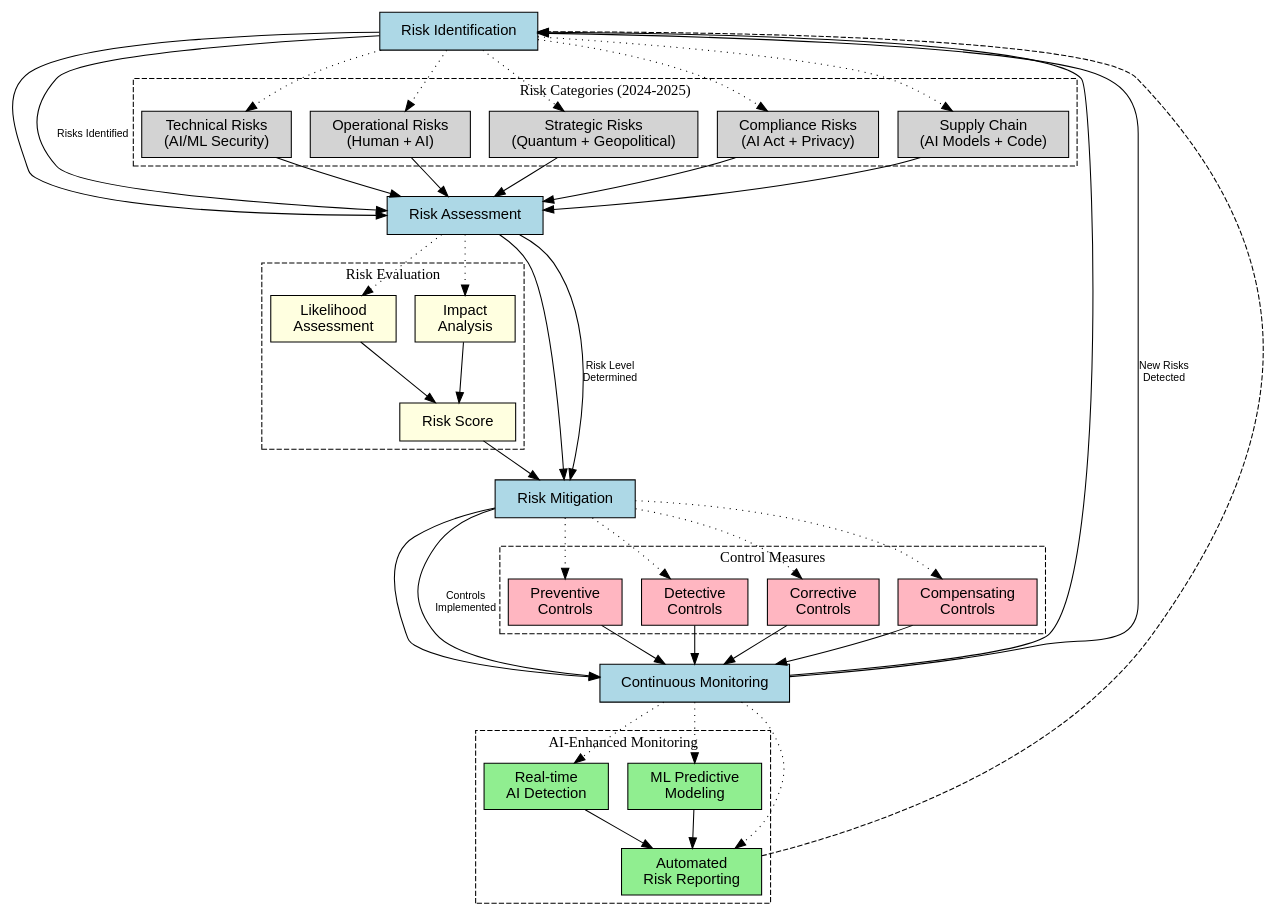
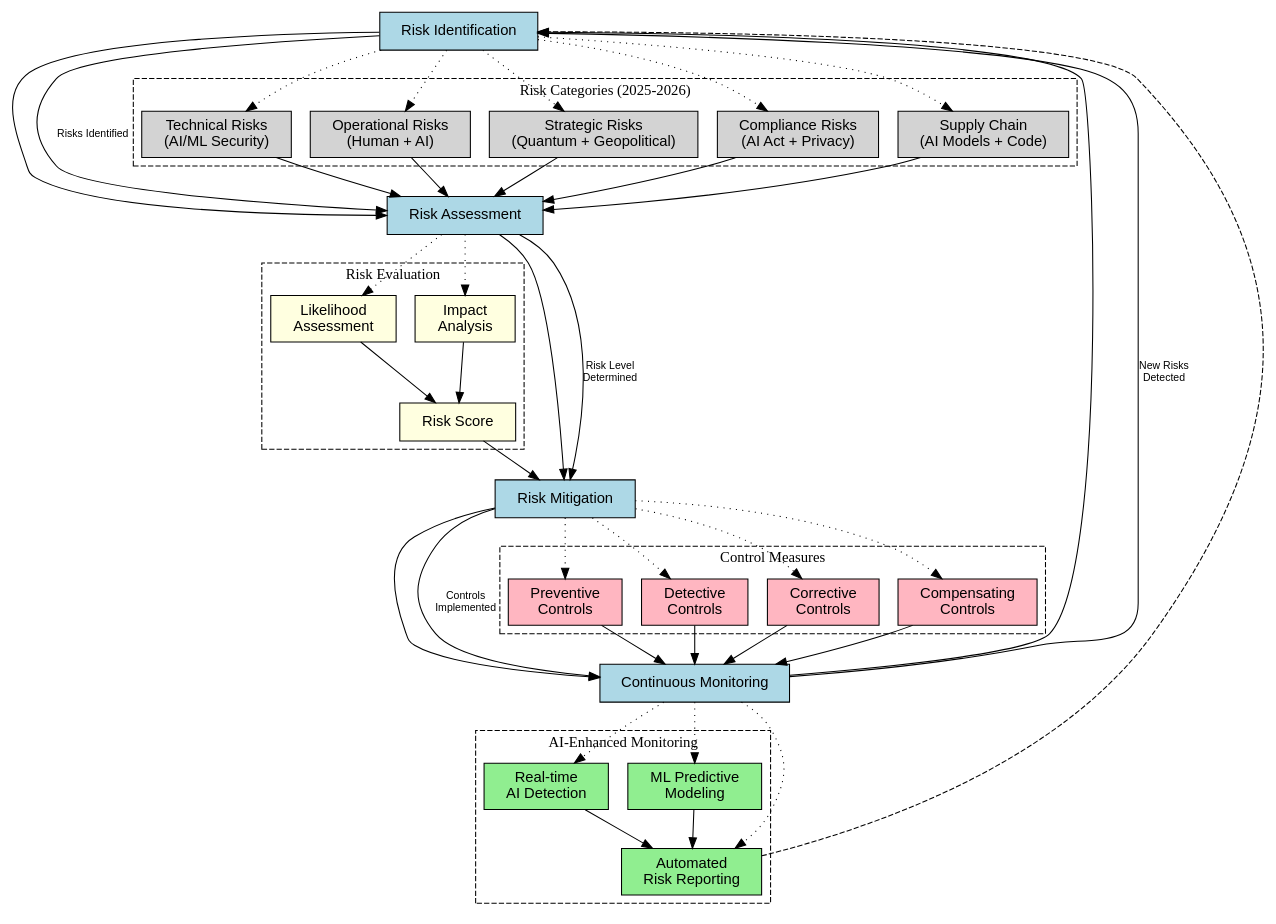
One commit to dbsectrainer/cloud-security-best-practices changed the diagram in risk_management.dot. Above: the diagram before and after it, drawn with Graphviz. The commit also changed 12 other files, not shown here.

First line of the commit message:
Update docs and diagrams to 2025-2026

```diff
--- a/risk_management.dot
+++ b/risk_management.dot
@@ -1,86 +1,86 @@
 digraph RiskManagement {
     rankdir=TB;
     compound=true;
     node [shape=box, style=rounded, fontname="Arial", margin="0.3,0.1"];
     edge [fontname="Arial"];
 
     // Core Process
     Identification [label="Risk Identification", style=filled, fillcolor=lightblue];
     Assessment [label="Risk Assessment", style=filled, fillcolor=lightblue];
     Mitigation [label="Risk Mitigation", style=filled, fillcolor=lightblue];
     Monitoring [label="Continuous Monitoring", style=filled, fillcolor=lightblue];
 
-    // Risk Categories (Enhanced 2024-2025)
+    // Risk Categories (Enhanced 2025-2026)
     subgraph cluster_categories {
-        label="Risk Categories (2024-2025)";
+        label="Risk Categories (2025-2026)";
         style=dashed;
         node [style=filled, fillcolor=lightgrey];
         Technical [label="Technical Risks\n(AI/ML Security)"];
         Operational [label="Operational Risks\n(Human + AI)"];
         Strategic [label="Strategic Risks\n(Quantum + Geopolitical)"];
         Compliance [label="Compliance Risks\n(AI Act + Privacy)"];
         Supply [label="Supply Chain\n(AI Models + Code)"];
     }
 
     // Risk Evaluation
     subgraph cluster_evaluation {
         label="Risk Evaluation";
         style=dashed;
         node [style=filled, fillcolor=lightyellow];
         Likelihood [label="Likelihood\nAssessment"];
         Impact [label="Impact\nAnalysis"];
         Score [label="Risk Score"];
     }
 
     // Mitigation Strategies
     subgraph cluster_controls {
         label="Control Measures";
         style=dashed;
         node [style=filled, fillcolor=lightpink];
         Preventive [label="Preventive\nControls"];
         Detective [label="Detective\nControls"];
         Corrective [label="Corrective\nControls"];
         Compensating [label="Compensating\nControls"];
     }
 
     // Monitoring Components (AI-Enhanced)
     subgraph cluster_monitoring {
         label="AI-Enhanced Monitoring";
         style=dashed;
         node [style=filled, fillcolor=lightgreen];
         RealTime [label="Real-time\nAI Detection"];
         Predictive [label="ML Predictive\nModeling"];
         Reporting [label="Automated\nRisk Reporting"];
     }
 
     // Main Process Flow
     Identification -> Assessment;
     Assessment -> Mitigation;
     Mitigation -> Monitoring;
     Monitoring -> Identification [constraint=false];
 
     // Risk Category Connections (Include Supply Chain)
     Identification -> {Technical, Operational, Strategic, Compliance, Supply} [style=dotted];
     {Technical, Operational, Strategic, Compliance, Supply} -> Assessment;
 
     // Evaluation Process
     Assessment -> {Likelihood, Impact} [style=dotted];
     {Likelihood, Impact} -> Score;
     Score -> Mitigation;
 
     // Control Implementation
     Mitigation -> {Preventive, Detective, Corrective, Compensating} [style=dotted];
     {Preventive, Detective, Corrective, Compensating} -> Monitoring;
 
     // Monitoring Activities
     Monitoring -> {RealTime, Predictive, Reporting} [style=dotted];
     {RealTime, Predictive} -> Reporting;
     Reporting -> Identification [constraint=false, style=dashed];
 
     // Add labels to key transitions
     edge [fontsize=10];
     Identification -> Assessment [label="Risks Identified"];
     Assessment -> Mitigation [label="Risk Level\nDetermined"];
     Mitigation -> Monitoring [label="Controls\nImplemented"];
     Monitoring -> Identification [label="New Risks\nDetected"];
 }
```
